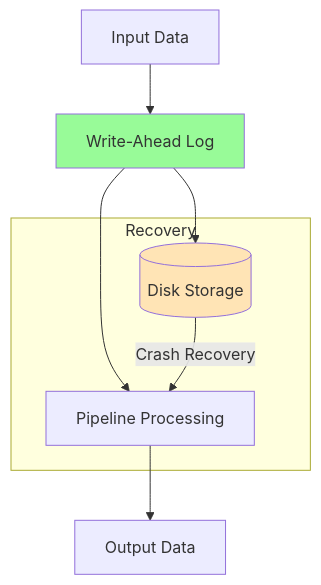
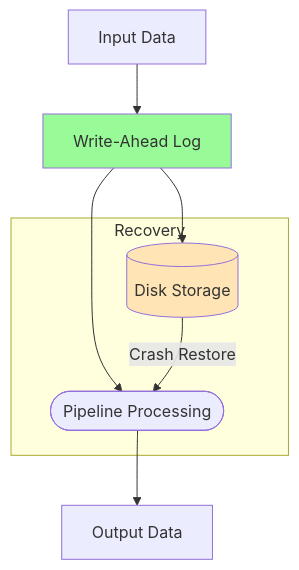
The third of 7 diagrams in docs/README.mdx (VirtualMetric/virtualmetric-docs), drawn with Mermaid before and after one commit. The commit also changed other lines of this file, not shown here.

Commit message:
Edited the about graphics

````diff
--- a/docs/README.mdx
+++ b/docs/README.mdx
@@ -98,14 +95,14 @@
 ```mermaid
 flowchart TD
     Input[Input Data] --> WAL[Write-Ahead Log]
     WAL --> Disk[(Disk Storage)]
-    WAL --> Pipeline[Pipeline Processing]
+    WAL --> Pipeline([Pipeline Processing])
     Pipeline --> Output[Output Data]
     
     subgraph Recovery
-        Disk --> |Crash Recovery| Pipeline
+        Disk --> |Crash Restore| Pipeline
     end
     
     style WAL fill:#98FB98
     style Disk fill:#FFE4B5
 ```
````
